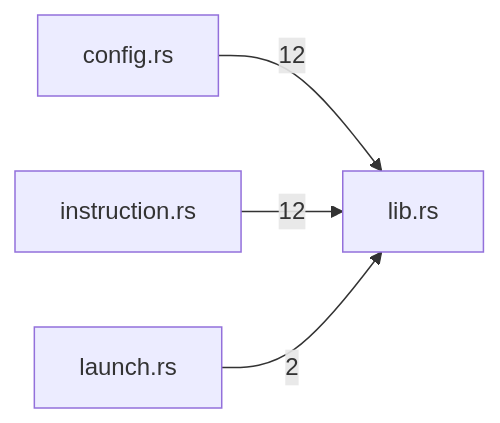
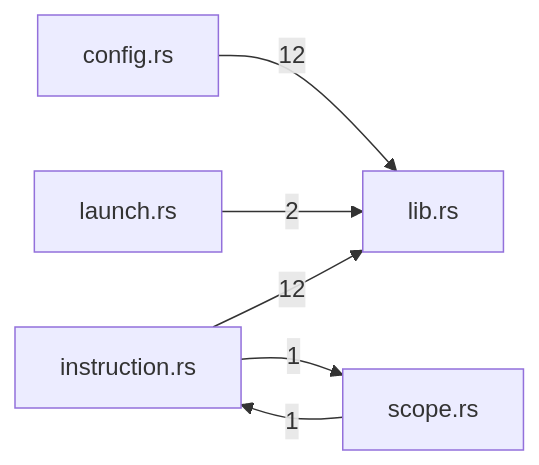
One commit to TekesApps/TekesKernel changed the diagram in crates/profile/docs/generated/index.md. Above: the diagram before and after it, drawn with Mermaid. The commit also changed other lines of this file and 49 other files, not shown here.

````diff
--- a/crates/profile/docs/generated/index.md
+++ b/crates/profile/docs/generated/index.md
@@ -44,10 +45,13 @@
 ```mermaid
 flowchart LR
   m0["config.rs"]
   m1["instruction.rs"]
   m2["launch.rs"]
   m3["lib.rs"]
+  m4["scope.rs"]
   m0 -->|"12"| m3
   m1 -->|"12"| m3
+  m1 -->|"1"| m4
   m2 -->|"2"| m3
+  m4 -->|"1"| m1
 ```
````
